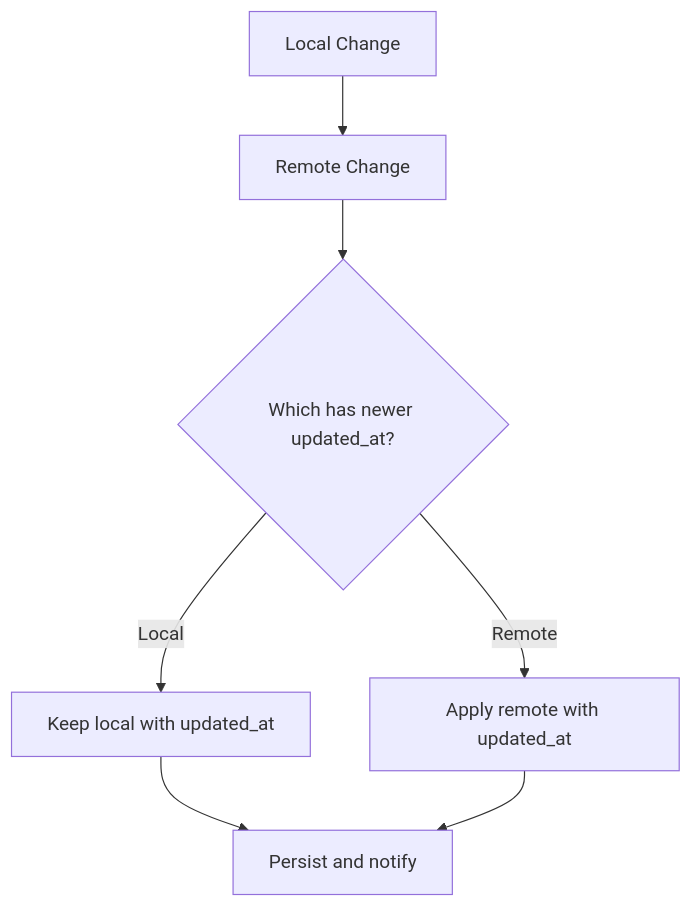
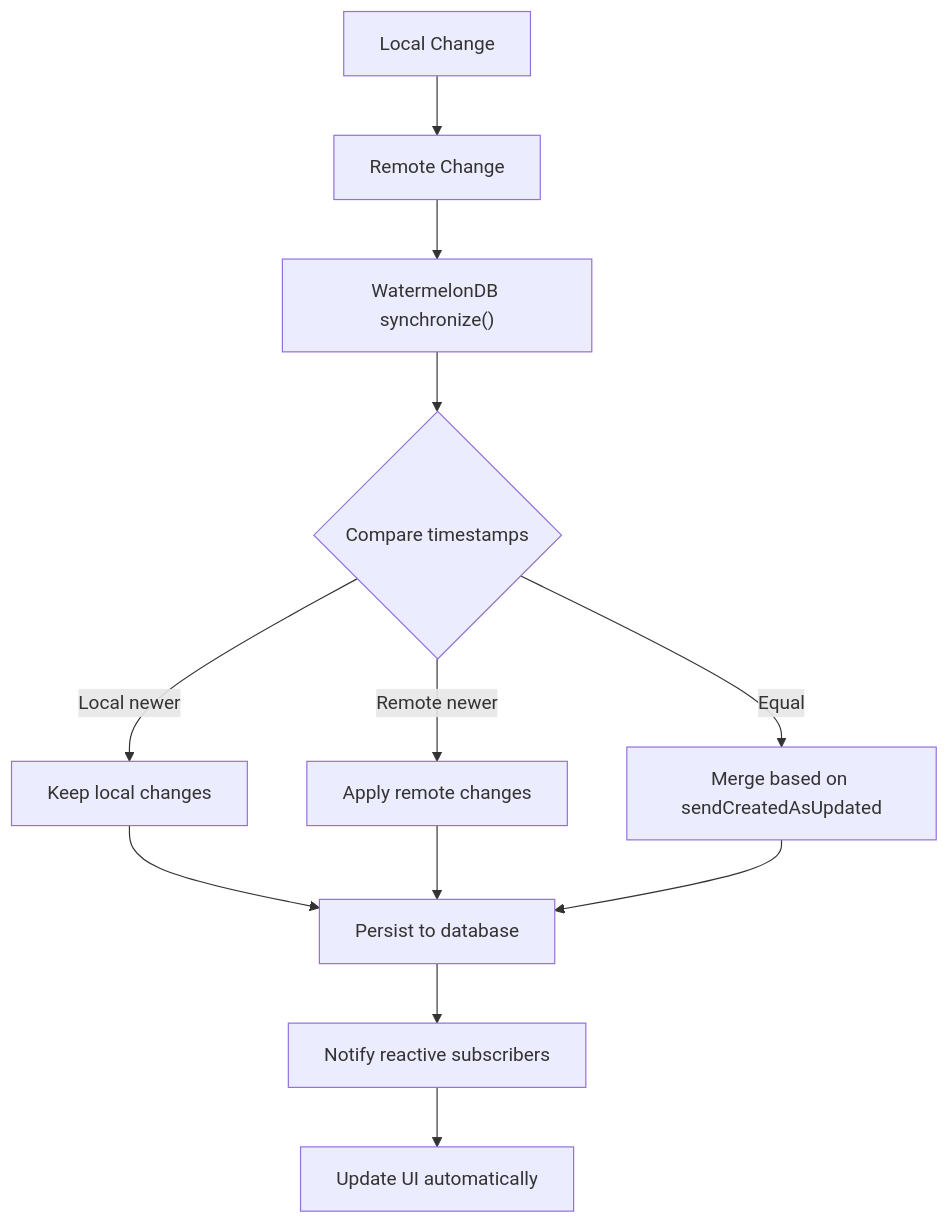
The sixth of 8 diagrams in .qoder/repowiki/en/content/State Management Architecture/Synchronization Strategies and Conflict Resolution.md (karllasouzza/PowerLists), drawn with Mermaid before and after one commit. The commit also changed other lines of this file and 5 other files, not shown here.

First line of the commit message:
docs(database): add comprehensive WatermelonDB integration and migrate state management

````diff
--- a/.qoder/repowiki/en/content/State Management Architecture/Synchronization Strategies and Conflict Resolution.md
+++ b/.qoder/repowiki/en/content/State Management Architecture/Synchronization Strategies and Conflict Resolution.md
@@ -162,9 +262,14 @@
 ```mermaid
 flowchart TD
 A["Local Change"] --> B["Remote Change"]
-B --> C{"Which has newer updated_at?"}
-C --> |Local| D["Keep local with updated_at"]
-C --> |Remote| E["Apply remote with updated_at"]
-D --> F["Persist and notify"]
-E --> F["Persist and notify"]
+B --> C["WatermelonDB synchronize()"]
+C --> D{"Compare timestamps"}
+D --> |Local newer| E["Keep local changes"]
+D --> |Remote newer| F["Apply remote changes"]
+D --> |Equal| G["Merge based on sendCreatedAsUpdated"]
+E --> H["Persist to database"]
+F --> H
+G --> H
+H --> I["Notify reactive subscribers"]
+I --> J["Update UI automatically"]
 ```
````
